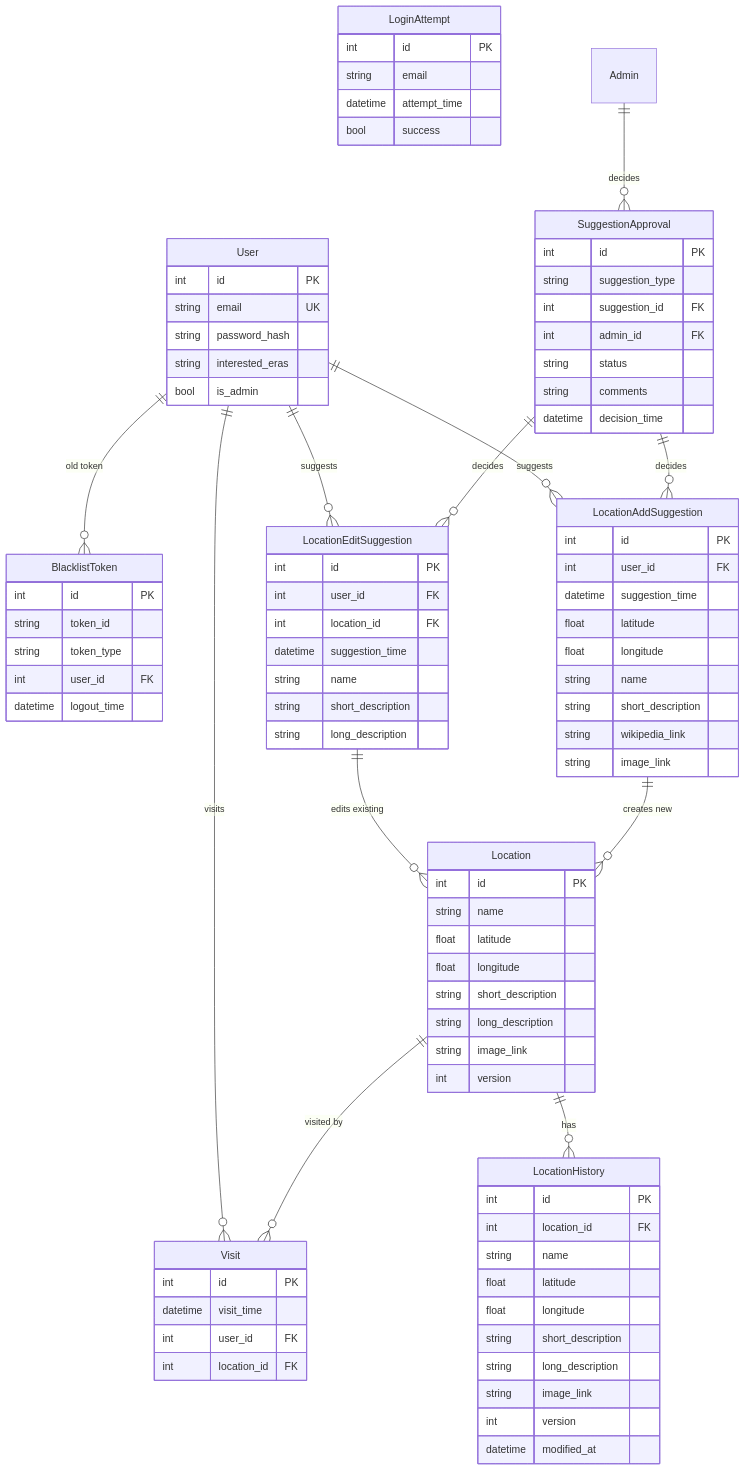
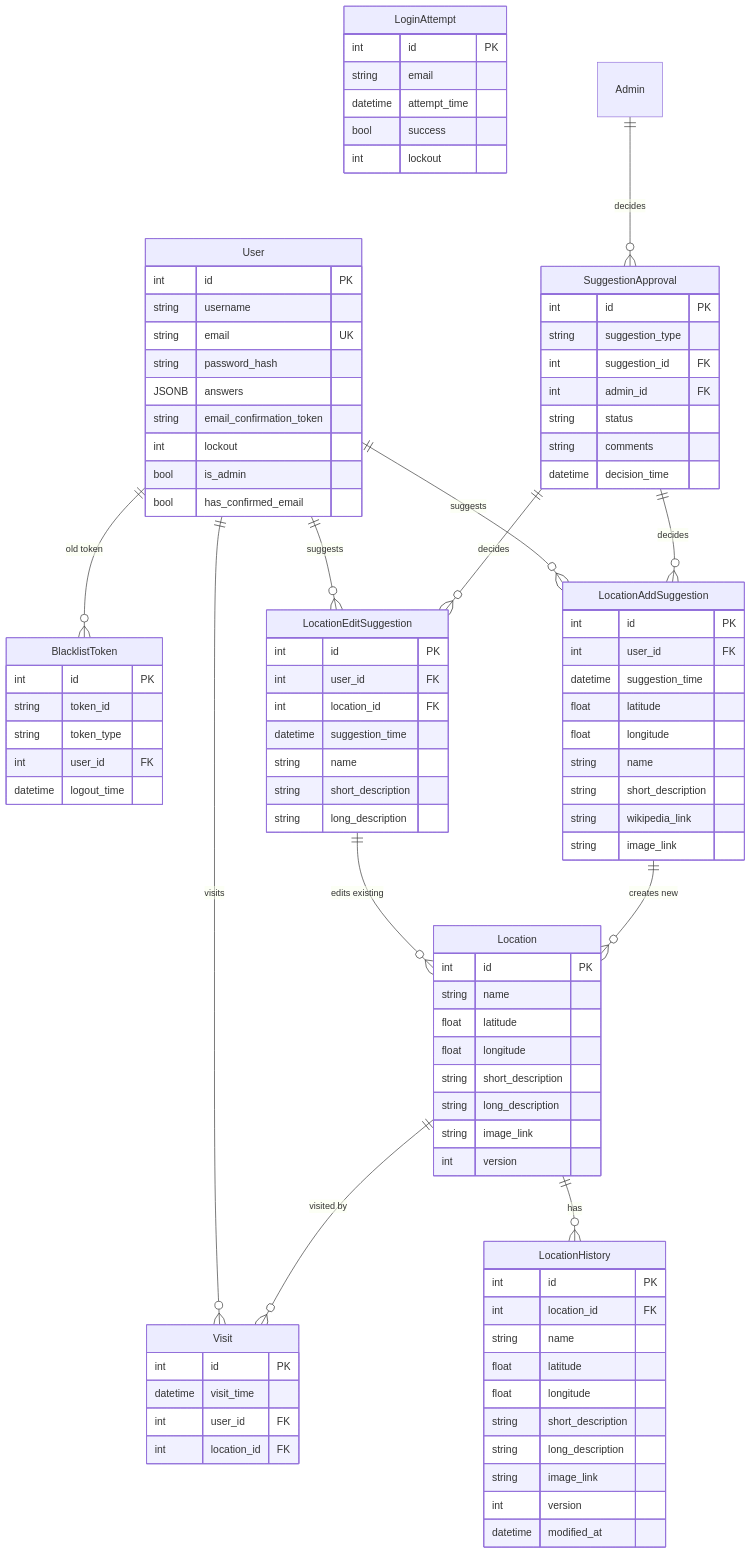
One commit to CS-495-Historical-Sites/remnant changed the diagram in documentation/docs/Documentation/Backend/Database.md. Above: the diagram before and after it, drawn with Mermaid. The commit also changed 50 other files, not shown here.

````diff
--- a/documentation/docs/Documentation/Backend/Database.md
+++ b/documentation/docs/Documentation/Backend/Database.md
@@ -3,15 +3,19 @@
-``` mermaid
+```mermaid
 erDiagram
     User {
-        int id  PK
+        int id PK
+        string username
         string email UK
-        string password_hash 
-        string interested_eras
+        string password_hash
+        JSONB answers
+        string email_confirmation_token
+        int lockout
         bool is_admin
+        bool has_confirmed_email
     }
     Location {
         int id  PK
-        string name 
+        string name
         float latitude
         float longitude
         string short_description
@@ -21,7 +25,7 @@
     }
     Visit {
         int id  PK
-        datetime visit_time 
+        datetime visit_time
         int user_id  FK
         int location_id  FK
     }
@@ -38,7 +42,7 @@
         datetime suggestion_time
         float latitude
         float longitude
-        string name 
+        string name
         string short_description
         string wikipedia_link
         string image_link
@@ -48,7 +52,7 @@
         int user_id FK
         int location_id FK
         datetime suggestion_time
-        string name 
+        string name
         string short_description
         string long_description
     }
@@ -57,7 +61,9 @@
         string email
         datetime attempt_time
         bool success
+        int lockout
     }
+
     SuggestionApproval {
         int id PK
         string suggestion_type
@@ -71,7 +77,7 @@
     LocationHistory {
         int id PK
         int location_id FK
-        string name 
+        string name
         float latitude
         float longitude
         string short_description
````
